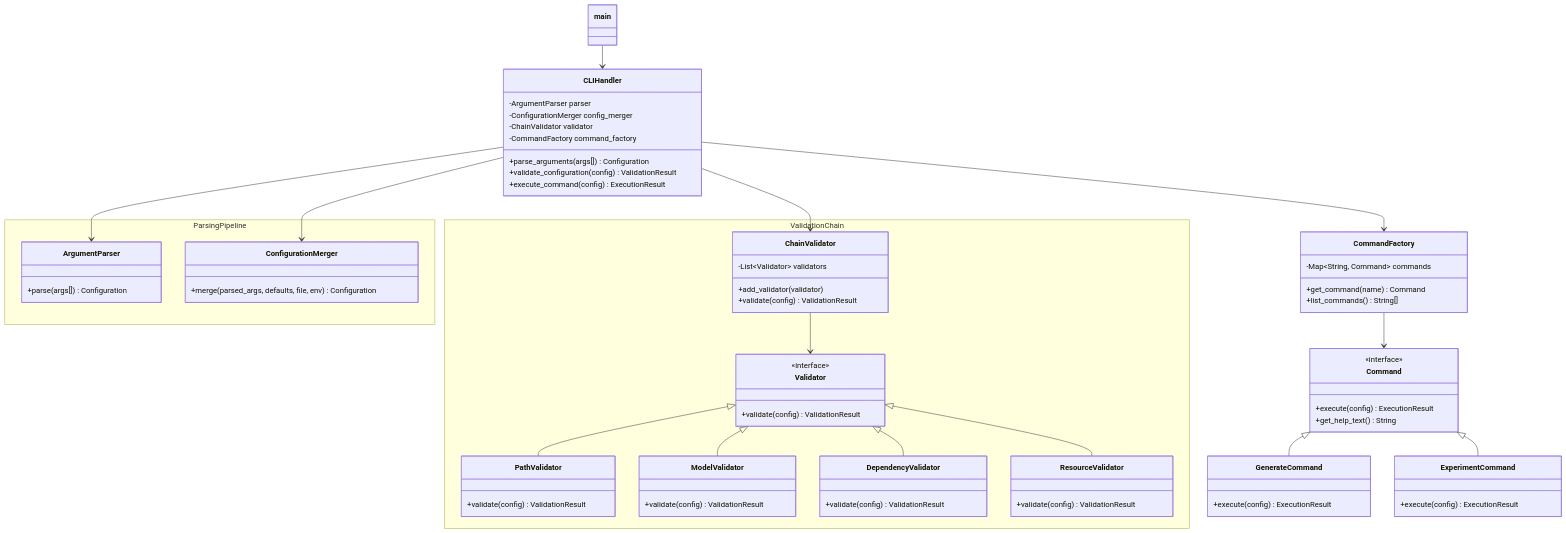
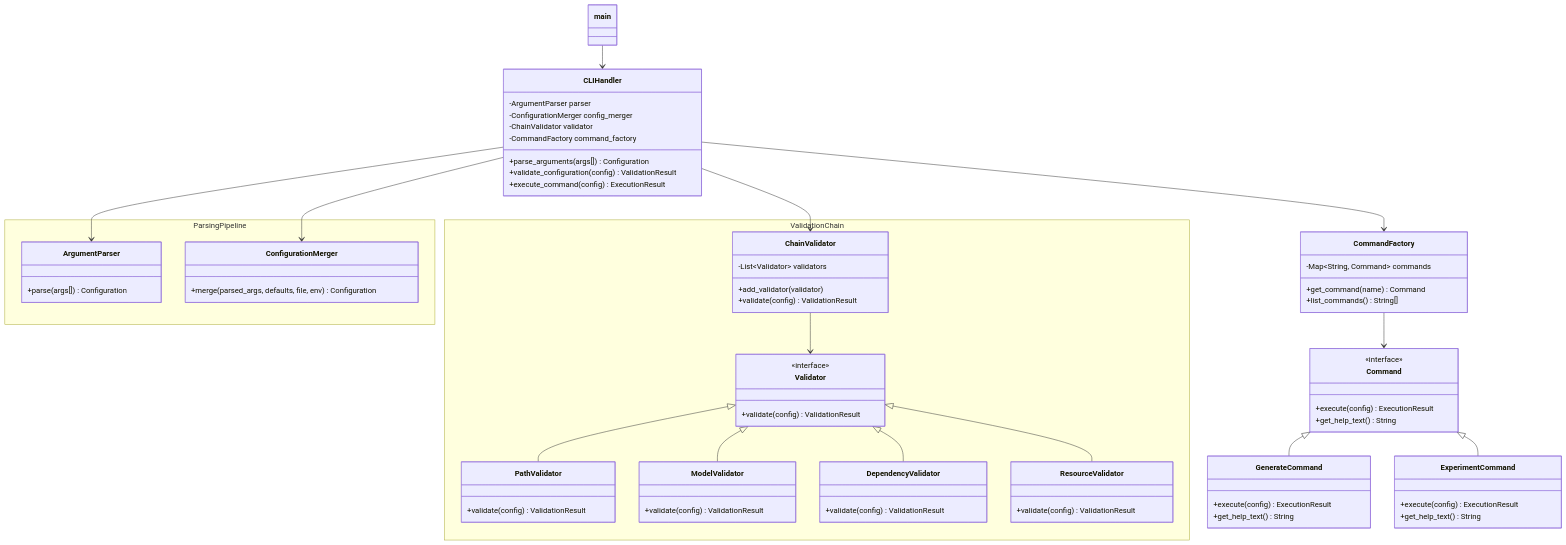
The diagram in docs/appendices/class-diagram.md (FilippoGurioli/test-2-code-llm), drawn with Mermaid before and after one commit. The commit also changed 1 other file, not shown here.

Commit message:
docs: correct relation between em and dispatcher

```diff
--- a/docs/appendices/class-diagram.md
+++ b/docs/appendices/class-diagram.md
@@ -65,10 +65,12 @@
     
     class GenerateCommand {
         +execute(config) ExecutionResult
+        +get_help_text() String
     }
     
     class ExperimentCommand {
         +execute(config) ExecutionResult
+        +get_help_text() String
     }
 
     main --> CLIHandler
```
